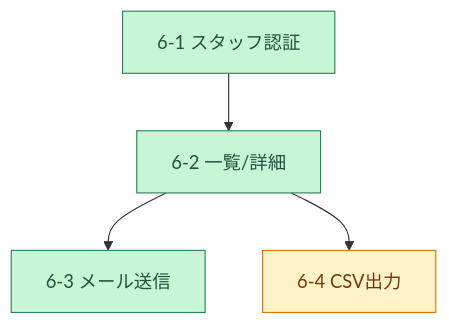
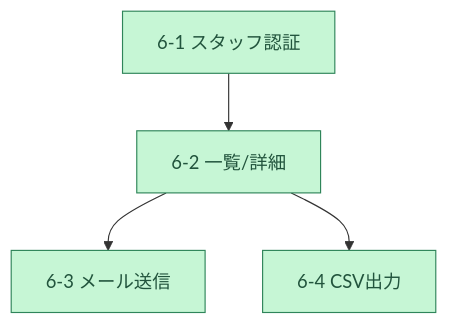
The eighth of 8 diagrams in tasks.md (m-uesaka/regional-quiz-entry-form), drawn with Mermaid before and after one commit. The commit also changed other lines of this file and 16 other files, not shown here.

````diff
--- a/tasks.md
+++ b/tasks.md
@@ -164,9 +163,8 @@
 ```mermaid
 graph TD
   T61["6-1 スタッフ認証"]:::done --> T62["6-2 一覧/詳細"]:::done
   T62 --> T63["6-3 メール送信"]:::done
-  T62 --> T64["6-4 CSV出力"]:::next
+  T62 --> T64["6-4 CSV出力"]:::done
 
   classDef done fill:#c6f6d5,stroke:#2f855a,color:#22543d;
-  classDef next fill:#fef3c7,stroke:#d97706,color:#78350f;
 ```
````
